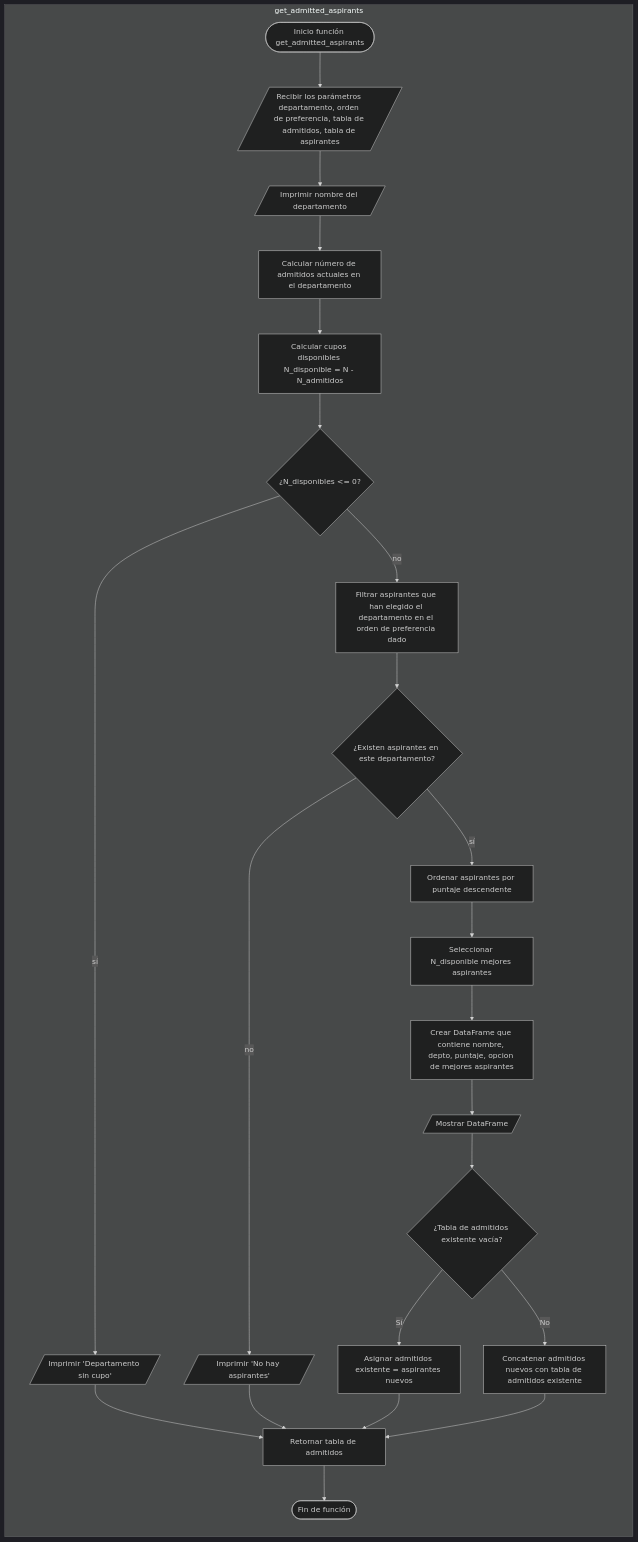
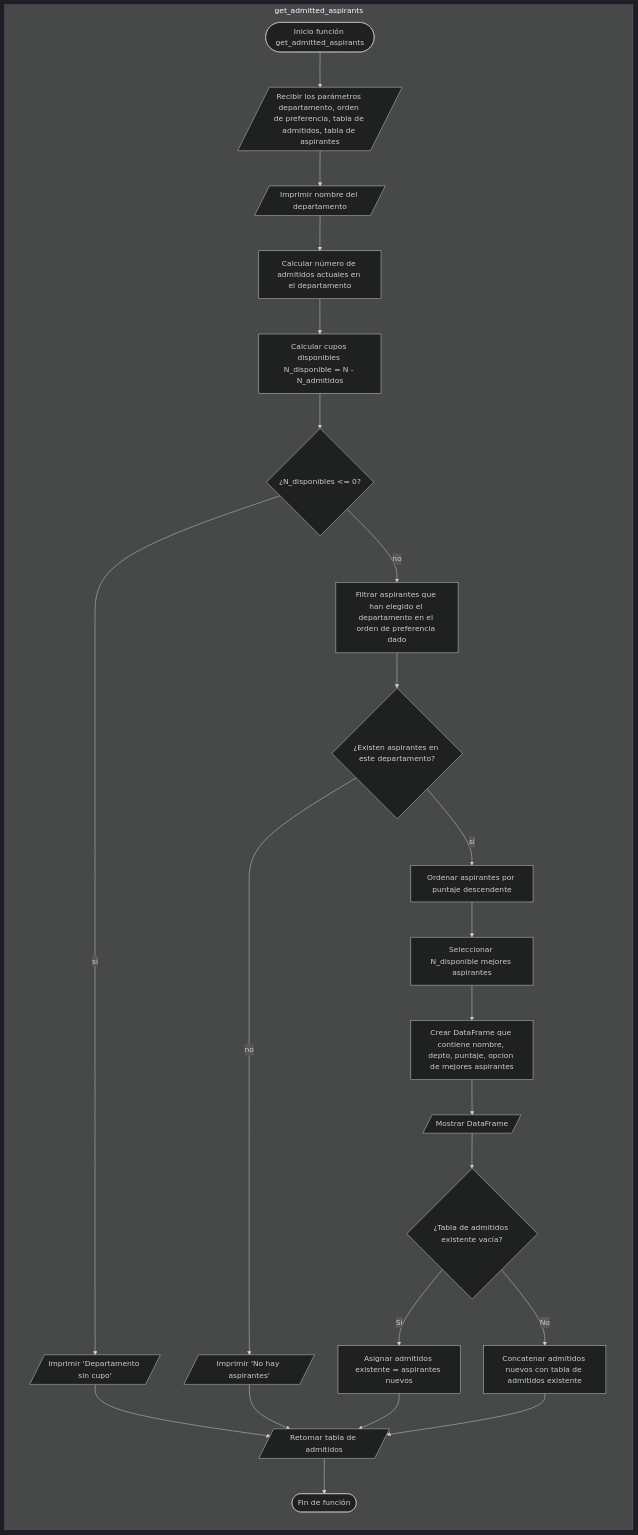
Before and after one commit to vshalisko/PythonIntro: the diagram in Unidad_3/Proyecto_3_funciones_parte_2.mermaid, drawn with Mermaid (dark theme).

```diff
--- a/Unidad_3/Proyecto_3_funciones_parte_2.mermaid
+++ b/Unidad_3/Proyecto_3_funciones_parte_2.mermaid
@@ -1,24 +1,24 @@
 flowchart TD
 
 subgraph get_admitted_aspirants
 direction TB
 A1([Inicio función get_admitted_aspirants]) --> B0
 B0[/Recibir los parámetros departamento, orden de preferencia, tabla de admitidos, tabla de aspirantes/] --> B1
 B1[/Imprimir nombre del departamento/] --> C1[Calcular número de admitidos actuales en el departamento]
 C1 --> D1[Calcular cupos disponibles N_disponible = N - N_admitidos]
 D1 --> E1{¿N_disponibles <= 0?}
 E1 -- sí --> F1[/Imprimir 'Departamento sin cupo'/] --> Z1
 E1 -- no --> G1[Filtrar aspirantes que han elegido el departamento en el orden de preferencia dado]
 G1 --> H1{¿Existen aspirantes en este departamento?}
 H1 -- no --> I1[/Imprimir 'No hay aspirantes'/] --> Z1
 H1 -- sí --> J1[Ordenar aspirantes por puntaje descendente]
 J1 --> K1[Seleccionar N_disponible mejores aspirantes]
 K1 --> L1[Crear DataFrame que contiene nombre, depto, puntaje, opcion de mejores aspirantes]
 L1 --> M1[/Mostrar DataFrame/]
 M1 --> N1{¿Tabla de admitidos existente vacía?}
 N1 -- Sí --> O1[Asignar admitidos existente = aspirantes nuevos]
 O1 --> Z1
 N1 -- No --> P1[Concatenar admitidos nuevos con tabla de admitidos existente]
 P1 --> Z1
-Z1[Retornar tabla de admitidos] --> Q1([Fin de función])
+Z1[/Retornar tabla de admitidos/] --> Q1([Fin de función])
 end
```
